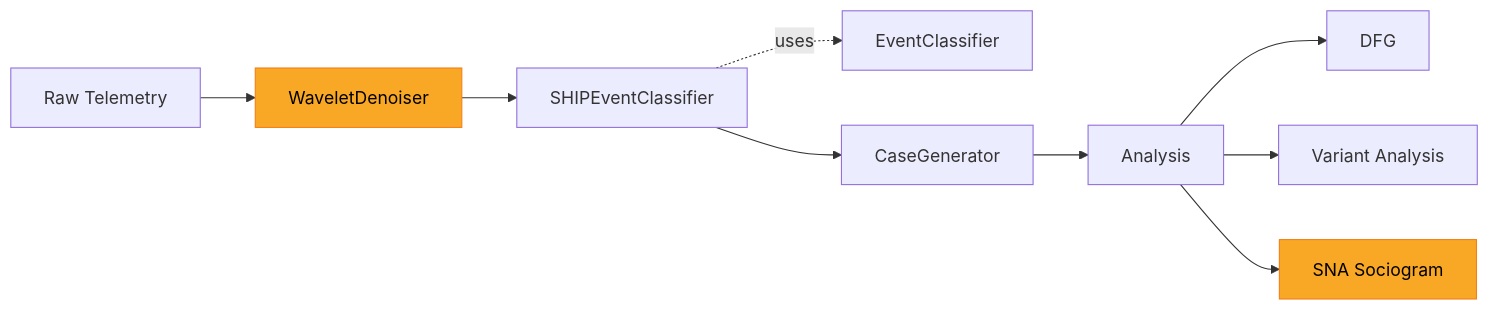
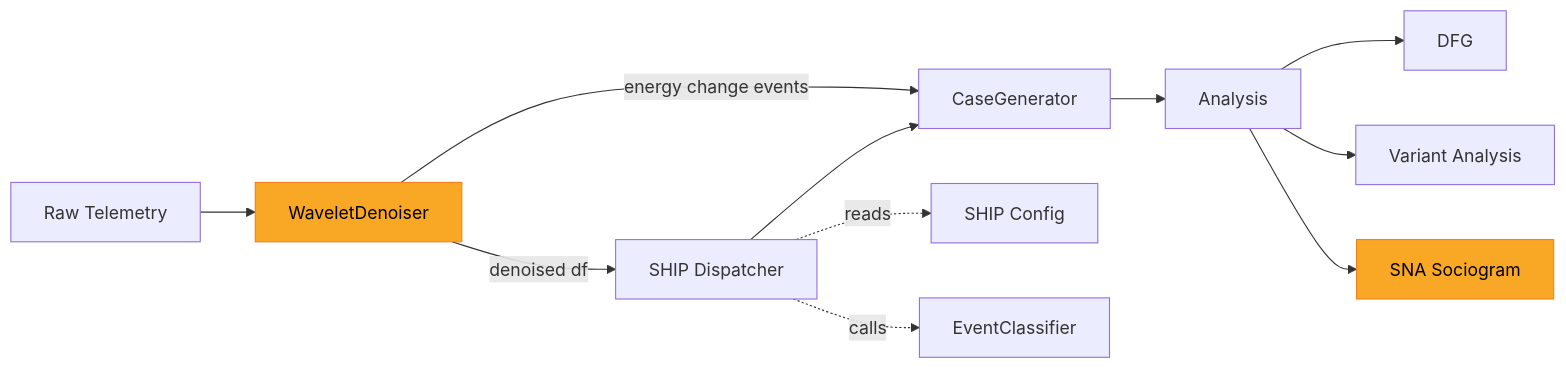
One commit to GarrettGruss/process-mining-demo changed the first of 3 diagrams in examples/example_5/overview.md. Above: the diagram before and after it, drawn with Mermaid. The commit also changed other lines of this file, not shown here.

Commit message:
fix(example_5/overview.md): - Adding dispatcher logic - Removing ruptures logic

````diff
--- a/examples/example_5/overview.md
+++ b/examples/example_5/overview.md
@@ -7,14 +7,16 @@
 ```mermaid
 flowchart LR
     A[Raw Telemetry] --> B[WaveletDenoiser]:::stretch
-    B --> C[SHIPEventClassifier]
-    C -.uses.-> C2[EventClassifier]
+    B --denoised df--> C[SHIP Dispatcher]
+    B --energy change events--> D
+    C -.reads.-> C2[SHIP Config]
+    C -.calls.-> C3[EventClassifier]
     C --> D[CaseGenerator]
     D --> E[Analysis]
 
     E --> E1[DFG]
     E --> E2[Variant Analysis]
     E --> E3[SNA Sociogram]:::stretch
 
     classDef stretch fill:#f9a825,stroke:#f57f17,color:#000
 ```
````
